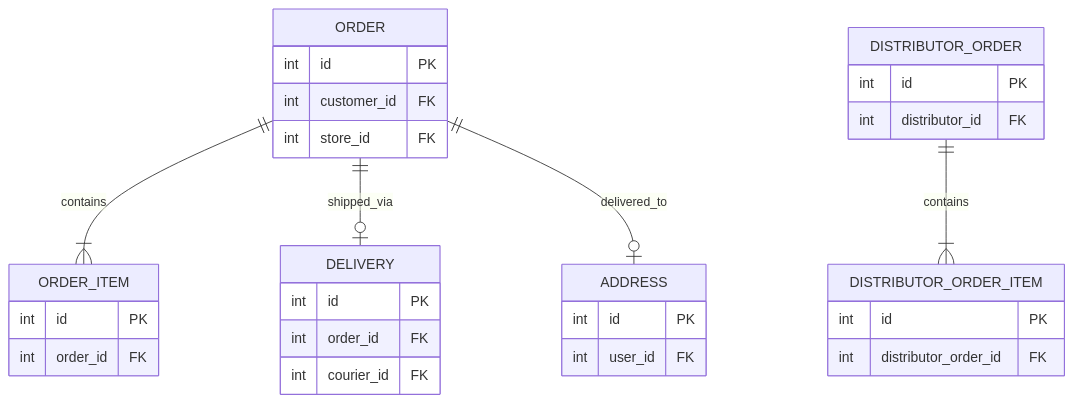
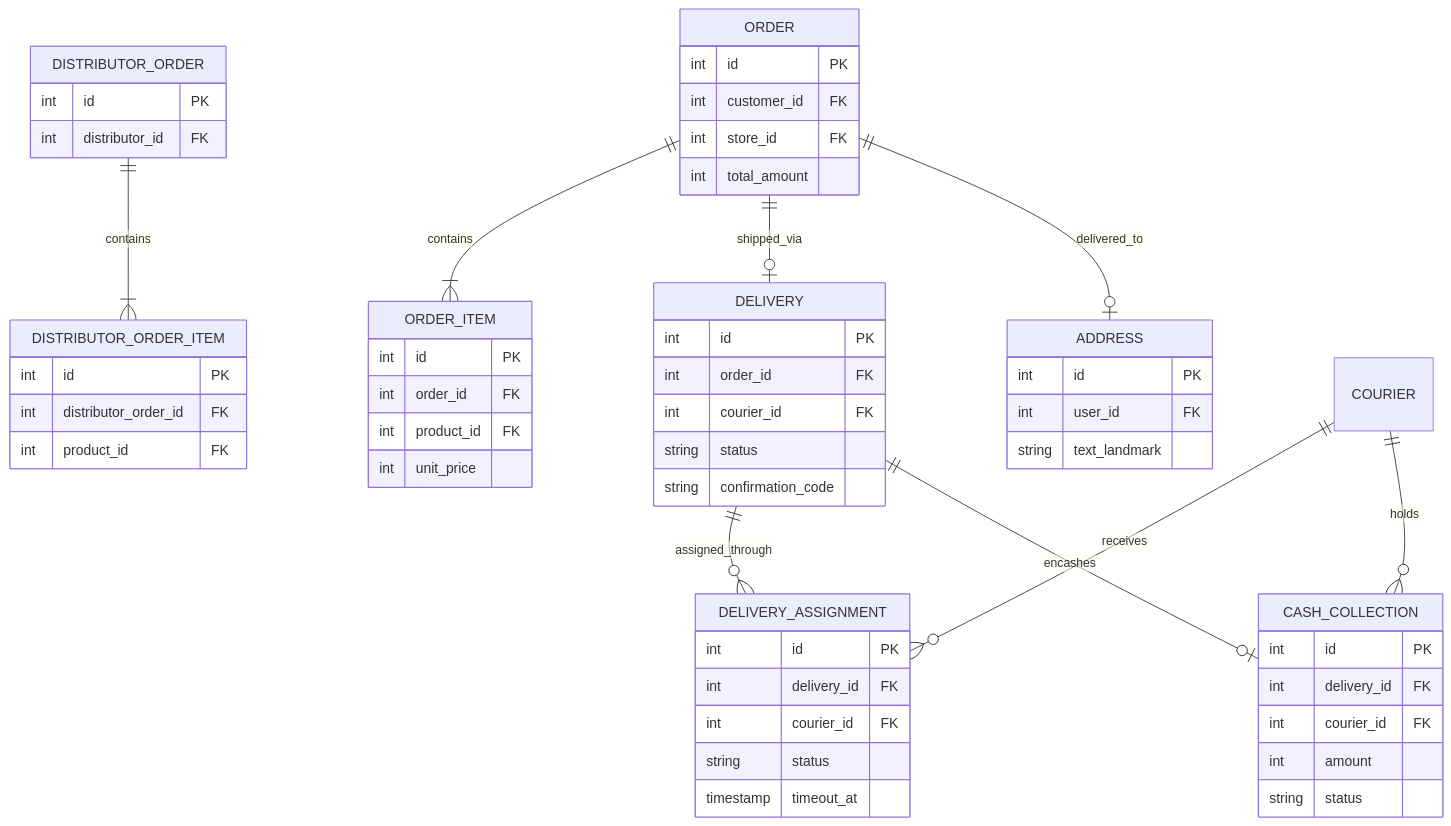
Before and after one commit to durelpro/pleingaz: the fifth of 7 diagrams in docs/03-modele-donnees-etats.md, drawn with Mermaid. The commit also changed other lines of this file and 4 other files, not shown here.

````diff
--- a/docs/03-modele-donnees-etats.md
+++ b/docs/03-modele-donnees-etats.md
@@ -229,33 +260,58 @@
 ```mermaid
 erDiagram
     ORDER {
         int id PK
         int customer_id FK
         int store_id FK
+        int total_amount
     }
     ORDER_ITEM {
         int id PK
         int order_id FK
+        int product_id FK
+        int unit_price
     }
     DISTRIBUTOR_ORDER {
         int id PK
         int distributor_id FK
     }
     DISTRIBUTOR_ORDER_ITEM {
         int id PK
         int distributor_order_id FK
+        int product_id FK
     }
     DELIVERY {
         int id PK
         int order_id FK
         int courier_id FK
+        string status
+        string confirmation_code
+    }
+    DELIVERY_ASSIGNMENT {
+        int id PK
+        int delivery_id FK
+        int courier_id FK
+        string status
+        timestamp timeout_at
+    }
+    CASH_COLLECTION {
+        int id PK
+        int delivery_id FK
+        int courier_id FK
+        int amount
+        string status
     }
     ADDRESS {
         int id PK
         int user_id FK
+        string text_landmark
     }
     ORDER ||--|{ ORDER_ITEM : "contains"
     DISTRIBUTOR_ORDER ||--|{ DISTRIBUTOR_ORDER_ITEM : "contains"
     ORDER ||--o| DELIVERY : "shipped_via"
     ORDER ||--o| ADDRESS : "delivered_to"
+    DELIVERY ||--o{ DELIVERY_ASSIGNMENT : "assigned_through"
+    COURIER ||--o{ DELIVERY_ASSIGNMENT : "receives"
+    DELIVERY ||--o| CASH_COLLECTION : "encashes"
+    COURIER ||--o{ CASH_COLLECTION : "holds"
 ```
````
